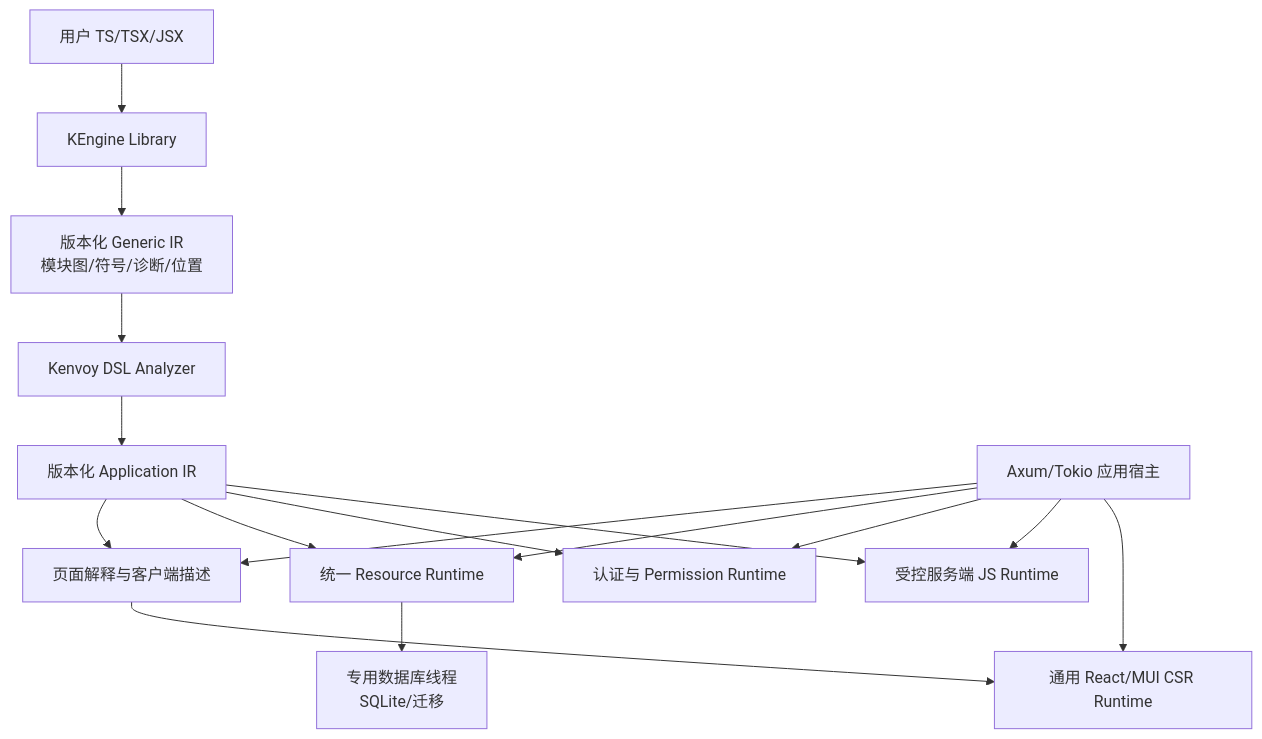
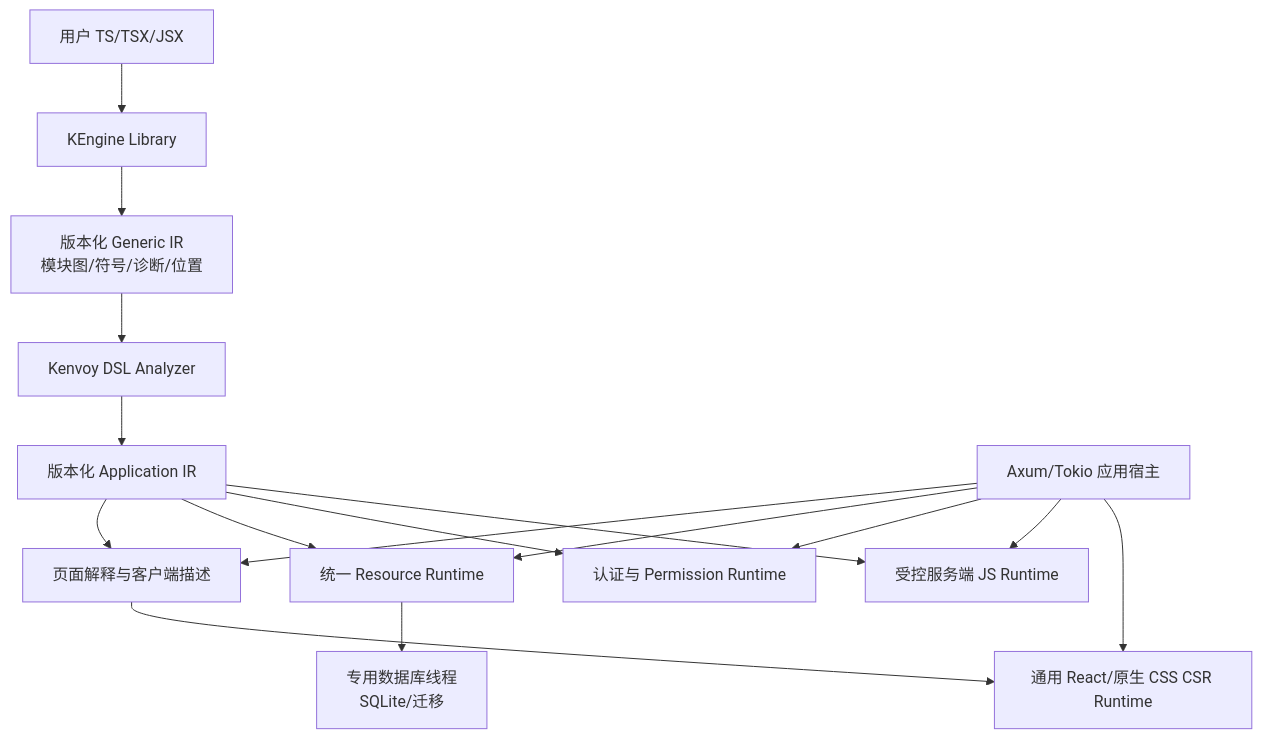
One commit to zerobiubiu/kenvoy changed the diagram in docs/architecture.md. Above: the diagram before and after it, drawn with Mermaid. The commit also changed other lines of this file and 91 other files, not shown here.

````diff
--- a/docs/architecture.md
+++ b/docs/architecture.md
@@ -13,18 +13,18 @@
 ```mermaid
 flowchart TD
   TS[用户 TS/TSX/JSX] --> KE[KEngine Library]
   KE --> G[版本化 Generic IR\n模块图/符号/诊断/位置]
   G --> KA[Kenvoy DSL Analyzer]
   KA --> A[版本化 Application IR]
   A --> P[页面解释与客户端描述]
   A --> R[统一 Resource Runtime]
   A --> AUTH[认证与 Permission Runtime]
   A --> JS[受控服务端 JS Runtime]
   R --> DB[专用数据库线程\nSQLite/迁移]
-  P --> FE[通用 React/MUI CSR Runtime]
+  P --> FE[通用 React/原生 CSS CSR Runtime]
   HTTP[Axum/Tokio 应用宿主] --> P
   HTTP --> R
   HTTP --> AUTH
   HTTP --> JS
   HTTP --> FE
 ```
````
